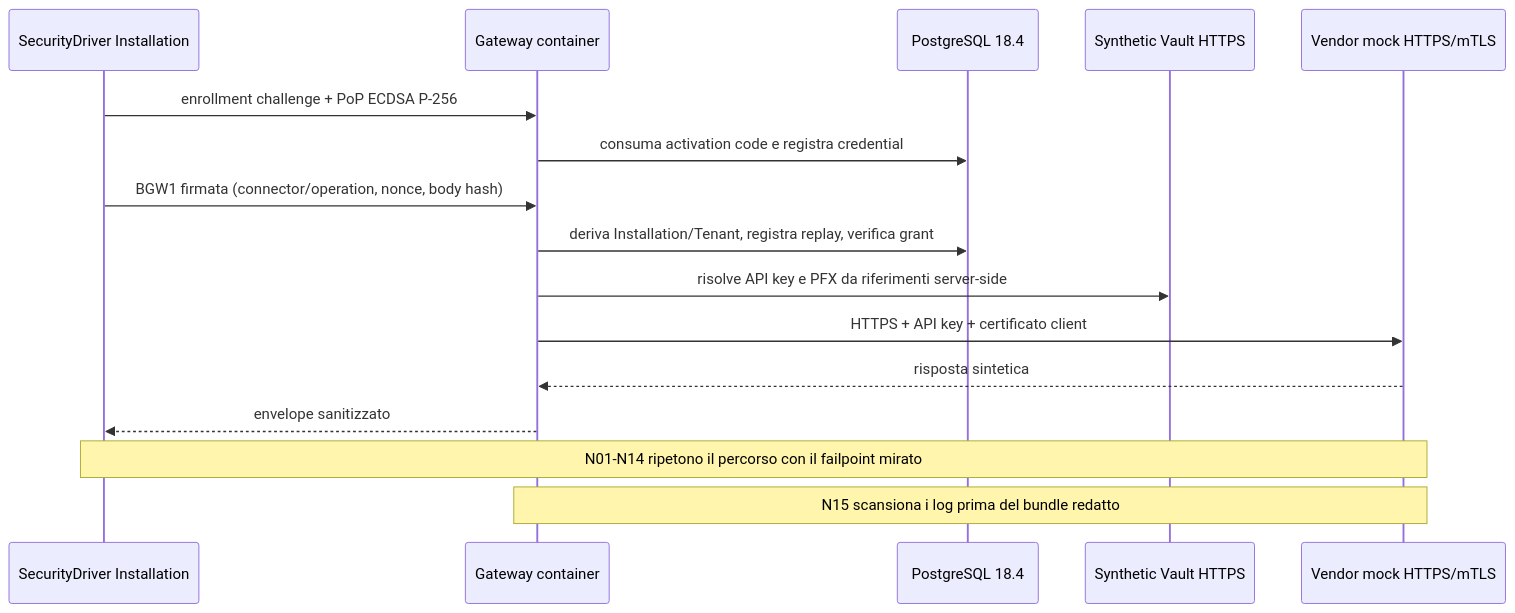
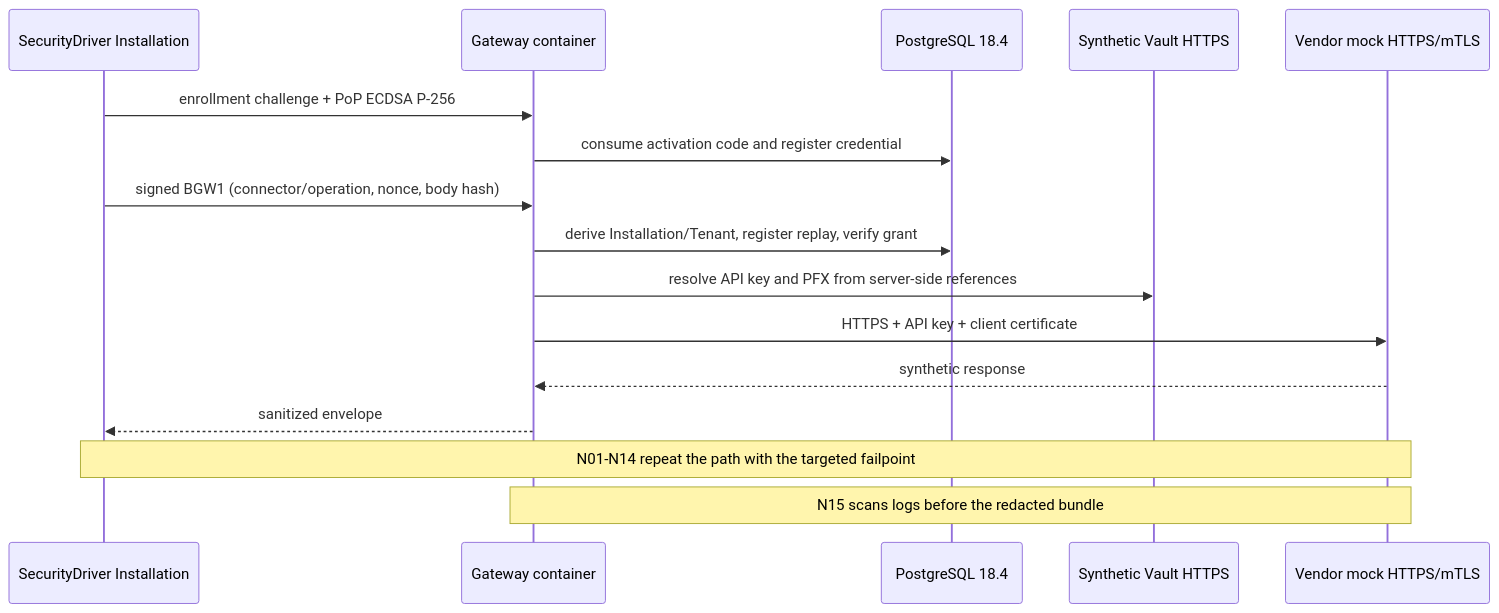
The diagram in docs/reviews/M3-GATE-REVIEW.md (marcobiz/secure-integration-platform), drawn with Mermaid before and after one commit. The commit also changed other lines of this file and 102 other files, not shown here.

````diff
--- a/docs/reviews/M3-GATE-REVIEW.md
+++ b/docs/reviews/M3-GATE-REVIEW.md
@@ -126,19 +126,19 @@
 ```mermaid
 sequenceDiagram
     participant D as SecurityDriver Installation
     participant G as Gateway container
     participant P as PostgreSQL 18.4
     participant V as Synthetic Vault HTTPS
     participant X as Vendor mock HTTPS/mTLS
 
     D->>G: enrollment challenge + PoP ECDSA P-256
-    G->>P: consuma activation code e registra credential
-    D->>G: BGW1 firmata (connector/operation, nonce, body hash)
-    G->>P: deriva Installation/Tenant, registra replay, verifica grant
-    G->>V: risolve API key e PFX da riferimenti server-side
-    G->>X: HTTPS + API key + certificato client
-    X-->>G: risposta sintetica
-    G-->>D: envelope sanitizzato
-    Note over D,X: N01-N14 ripetono il percorso con il failpoint mirato
-    Note over G,X: N15 scansiona i log prima del bundle redatto
+    G->>P: consume activation code and register credential
+    D->>G: signed BGW1 (connector/operation, nonce, body hash)
+    G->>P: derive Installation/Tenant, register replay, verify grant
+    G->>V: resolve API key and PFX from server-side references
+    G->>X: HTTPS + API key + client certificate
+    X-->>G: synthetic response
+    G-->>D: sanitized envelope
+    Note over D,X: N01-N14 repeat the path with the targeted failpoint
+    Note over G,X: N15 scans logs before the redacted bundle
 ```
````
